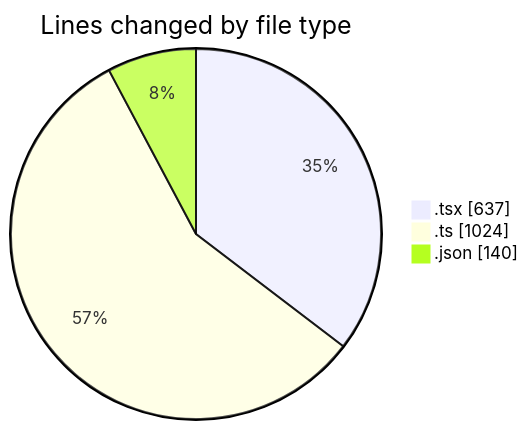
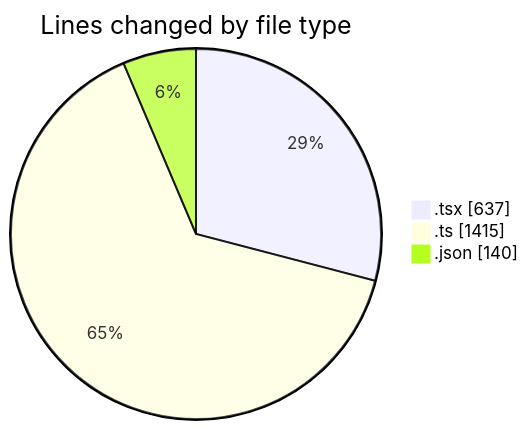
The first of 2 diagrams in 2026-03-27/cda/README.md (momahboobian/code-tracking), drawn with Mermaid before and after one commit. The commit also changed other lines of this file and 1 other file, not shown here.

````diff
--- a/2026-03-27/cda/README.md
+++ b/2026-03-27/cda/README.md
@@ -29,7 +30,7 @@
 ```mermaid
 pie showData
 title Lines changed by file type
 ".tsx" : 637
-".ts" : 1024
+".ts" : 1415
 ".json" : 140
 ```
````
